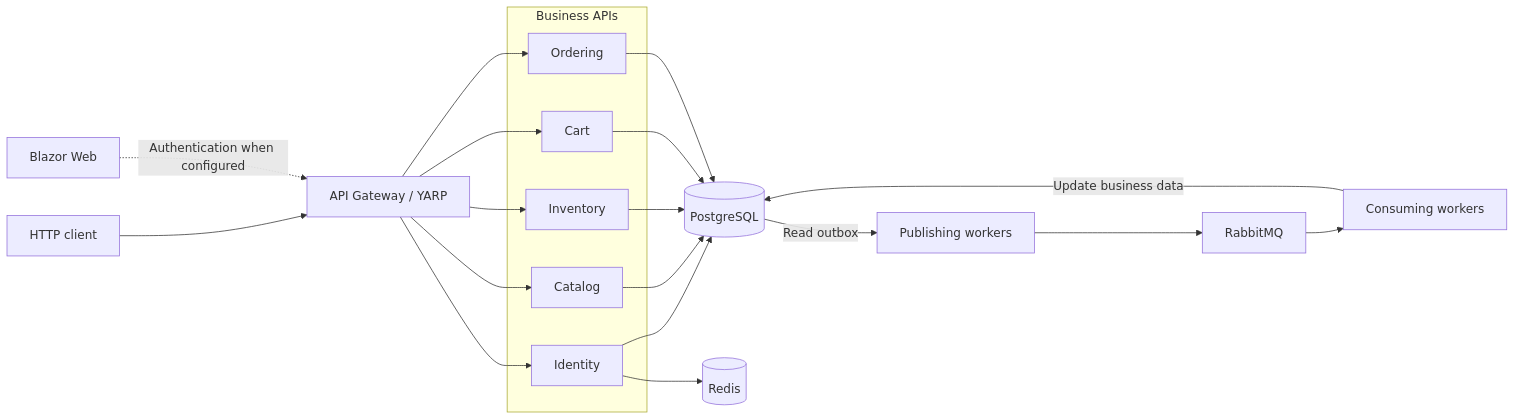
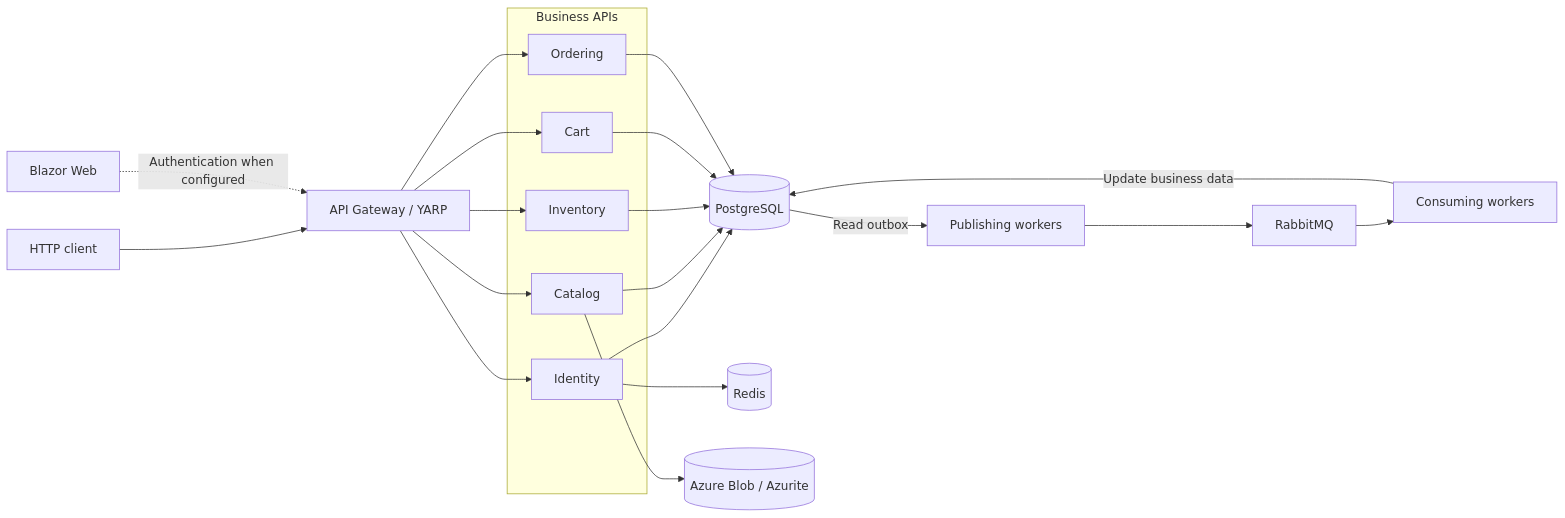
One commit to lovell06/Vendora changed the diagram in README.md. Above: the diagram before and after it, drawn with Mermaid. The commit also changed other lines of this file and 2 other files, not shown here.

````diff
--- a/README.md
+++ b/README.md
@@ -40,31 +40,32 @@
 ```mermaid
 flowchart LR
     Client["HTTP client"] --> Gateway["API Gateway / YARP"]
     Web["Blazor Web"] -.->|Authentication when configured| Gateway
 
     subgraph APIs["Business APIs"]
         Identity["Identity"]
         Catalog["Catalog"]
         Inventory["Inventory"]
         Cart["Cart"]
         Ordering["Ordering"]
     end
 
     Gateway --> Identity
     Gateway --> Catalog
     Gateway --> Inventory
     Gateway --> Cart
     Gateway --> Ordering
 
     Identity --> Postgres[("PostgreSQL")]
     Catalog --> Postgres
     Inventory --> Postgres
     Cart --> Postgres
     Ordering --> Postgres
     Identity --> Redis[("Redis")]
+    Catalog --> Blob[("Azure Blob / Azurite")]
 
     Postgres -->|Read outbox| Publishers["Publishing workers"]
     Publishers --> RabbitMQ["RabbitMQ"]
     RabbitMQ --> Consumers["Consuming workers"]
     Consumers -->|Update business data| Postgres
 ```
````
